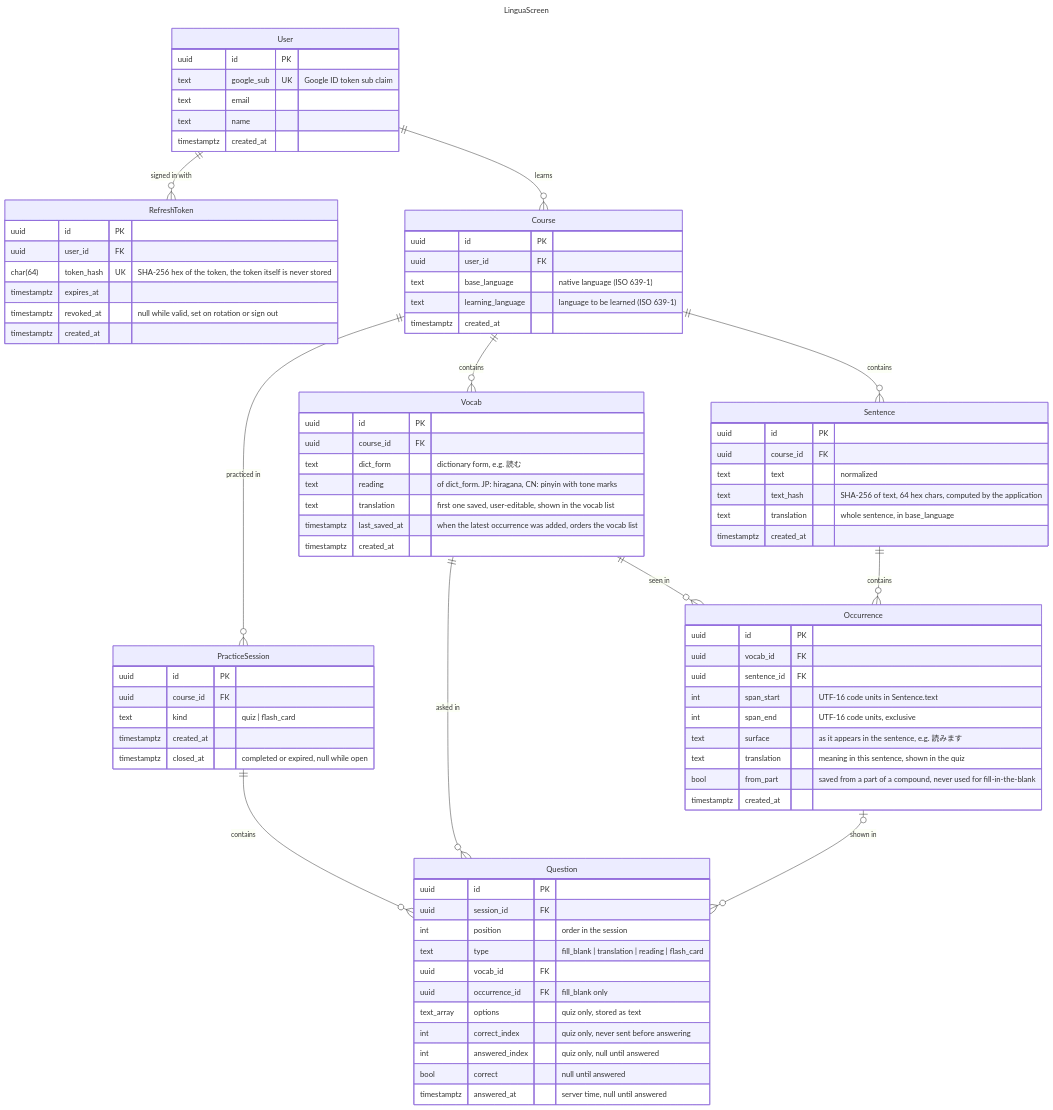
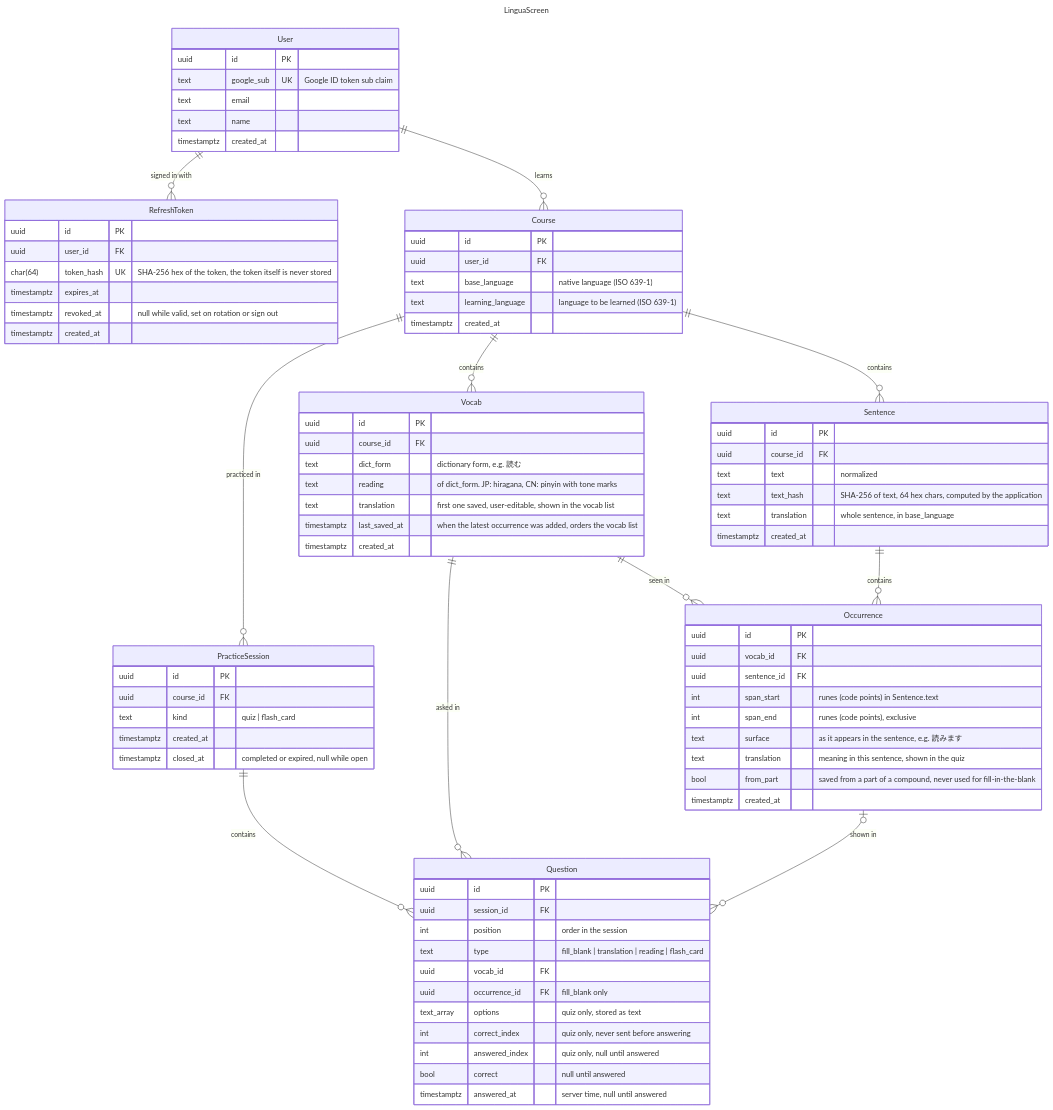
Before and after one commit to KrisNathan/linguascreen-api-go: the diagram in docs/erd.mmd, drawn with Mermaid. The commit also changed 8 other files, not shown here.

Commit message:
refactor!: count spans in runes instead of UTF-16 units

```diff
--- a/docs/erd.mmd
+++ b/docs/erd.mmd
@@ -1,102 +1,102 @@
 ---
 title: LinguaScreen
 ---
 
 erDiagram
   User ||--o{ RefreshToken : "signed in with"
   User ||--o{ Course : "learns"
   Course ||--o{ Vocab : "contains"
   Course ||--o{ Sentence : "contains"
   Vocab ||--o{ Occurrence : "seen in"
   Sentence ||--o{ Occurrence : "contains"
   Course ||--o{ PracticeSession : "practiced in"
   PracticeSession ||--o{ Question : "contains"
   Vocab ||--o{ Question : "asked in"
   Occurrence |o--o{ Question : "shown in"
 
   User {
     uuid id PK
     text google_sub UK "Google ID token sub claim"
     text email
     text name
     timestamptz created_at
   }
 
   RefreshToken {
     uuid id PK
     uuid user_id FK
     char(64) token_hash UK "SHA-256 hex of the token, the token itself is never stored"
     timestamptz expires_at
     timestamptz revoked_at "null while valid, set on rotation or sign out"
     timestamptz created_at
   }
 
   %% unique (user_id, learning_language, base_language)
   Course {
     uuid id PK
     uuid user_id FK
     text base_language "native language (ISO 639-1)"
     text learning_language "language to be learned (ISO 639-1)"
     timestamptz created_at
   }
 
   %% unique (course_id, dict_form, reading)
   %% index (course_id, last_saved_at desc, id desc) for the vocab list
   %% progress (new / learning / known, streak, due) is derived from answered Questions, never stored
   Vocab {
     uuid id PK
     uuid course_id FK
     text dict_form "dictionary form, e.g. 読む"
     text reading "of dict_form. JP: hiragana, CN: pinyin with tone marks"
     text translation "first one saved, user-editable, shown in the vocab list"
     timestamptz last_saved_at "when the latest occurrence was added, orders the vocab list"
     timestamptz created_at
   }
 
   %% unique (course_id, text_hash)
   Sentence {
     uuid id PK
     uuid course_id FK
     text text "normalized"
     text text_hash "SHA-256 of text, 64 hex chars, computed by the application"
     text translation "whole sentence, in base_language"
     timestamptz created_at
   }
 
   %% unique (vocab_id, sentence_id, span_start)
   Occurrence {
     uuid id PK
     uuid vocab_id FK
     uuid sentence_id FK
-    int span_start "UTF-16 code units in Sentence.text"
-    int span_end "UTF-16 code units, exclusive"
+    int span_start "runes (code points) in Sentence.text"
+    int span_end "runes (code points), exclusive"
     text surface "as it appears in the sentence, e.g. 読みます"
     text translation "meaning in this sentence, shown in the quiz"
     bool from_part "saved from a part of a compound, never used for fill-in-the-blank"
     timestamptz created_at
   }
 
   %% unique (course_id, kind) where closed_at is null
   PracticeSession {
     uuid id PK
     uuid course_id FK
     text kind "quiz | flash_card"
     timestamptz created_at
     timestamptz closed_at "completed or expired, null while open"
   }
 
   %% answered questions are the only source of scheduling
   %% index (vocab_id, answered_at) where answered_at is not null
   Question {
     uuid id PK
     uuid session_id FK
     int position "order in the session"
     text type "fill_blank | translation | reading | flash_card"
     uuid vocab_id FK
     uuid occurrence_id FK "fill_blank only"
     text_array options "quiz only, stored as text"
     int correct_index "quiz only, never sent before answering"
     int answered_index "quiz only, null until answered"
     bool correct "null until answered"
     timestamptz answered_at "server time, null until answered"
   }
```
